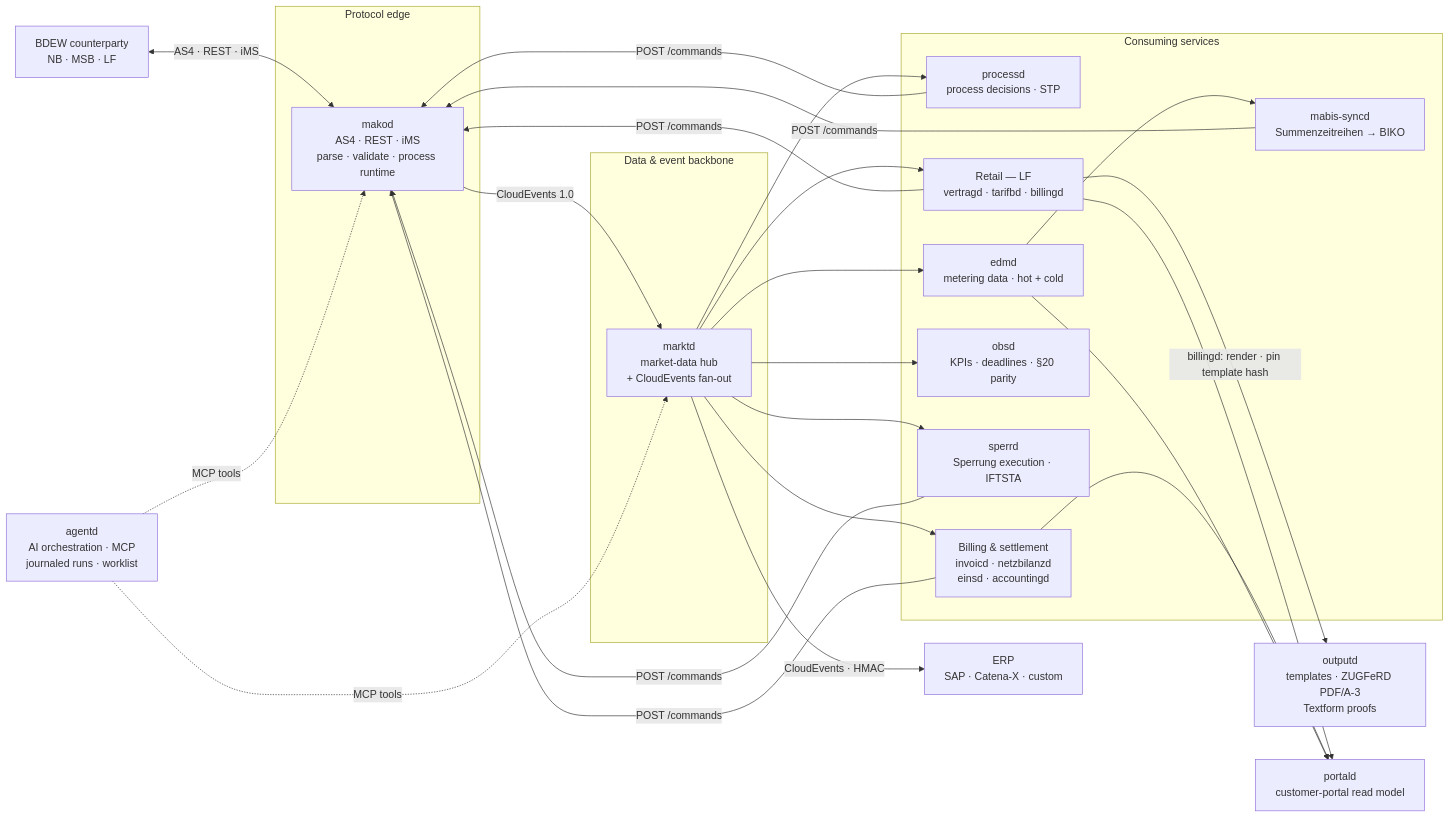
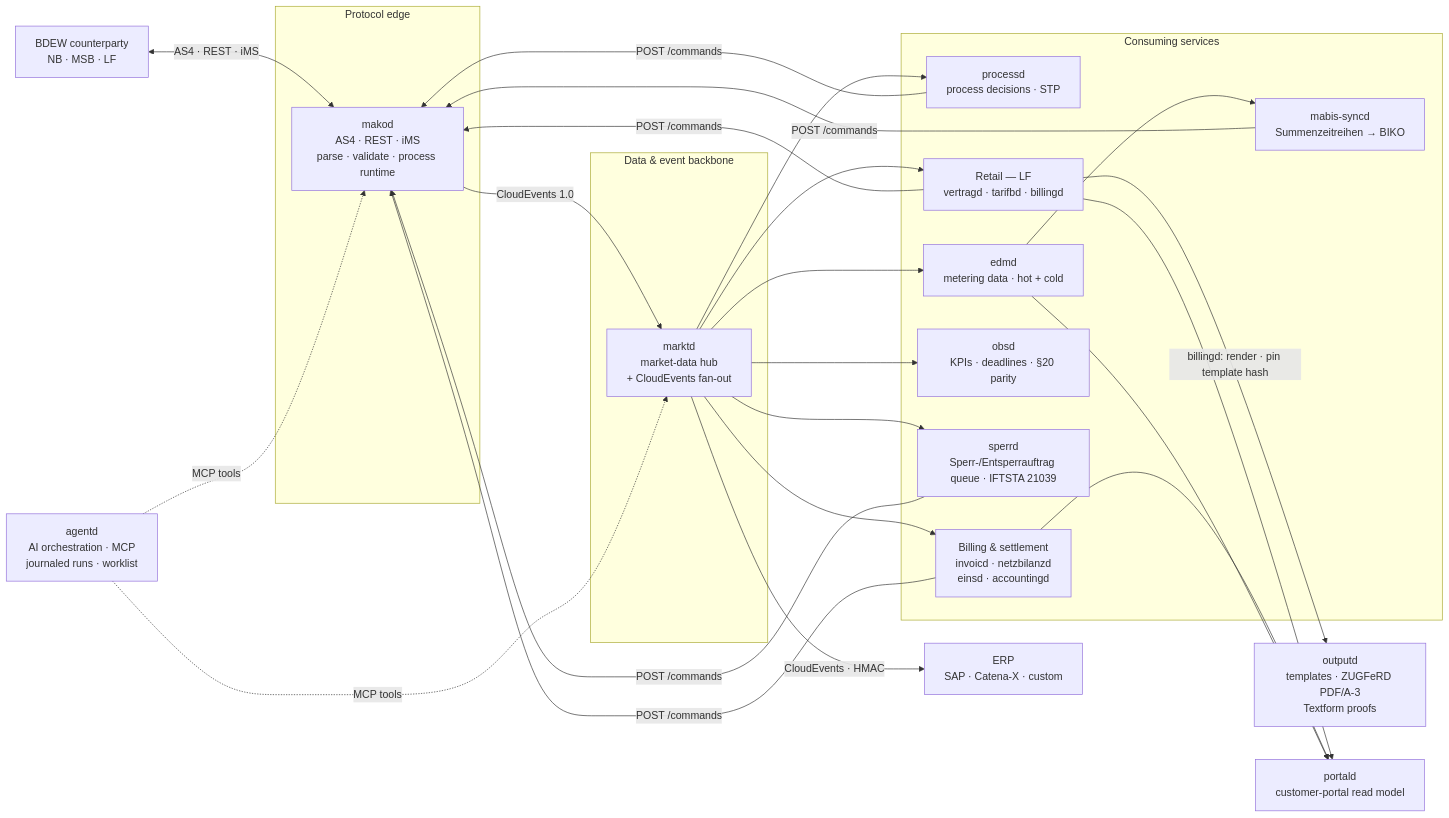
Before and after one commit to hupe1980/mako: the first of 5 diagrams in site/content/docs/architecture/_index.md, drawn with Mermaid. The commit also changed other lines of this file and 43 other files, not shown here.

````diff
--- a/site/content/docs/architecture/_index.md
+++ b/site/content/docs/architecture/_index.md
@@ -45,39 +45,39 @@
 ```mermaid
 graph LR
     EXT["BDEW counterparty<br/>NB · MSB · LF"]
     ERP["ERP<br/>SAP · Catena-X · custom"]
 
     subgraph edge ["Protocol edge"]
         MAKOD["makod<br/>AS4 · REST · iMS<br/>parse · validate · process runtime"]
     end
 
     subgraph backbone ["Data &amp; event backbone"]
         MARKTD["marktd<br/>market-data hub<br/>+ CloudEvents fan-out"]
     end
 
     subgraph consumers ["Consuming services"]
         PROC["processd<br/>process decisions · STP"]
         SETTLE["Billing &amp; settlement<br/>invoicd · netzbilanzd<br/>einsd · accountingd"]
         RETAIL["Retail — LF<br/>vertragd · tarifbd · billingd"]
         EDMD["edmd<br/>metering data · hot + cold"]
         OBSD["obsd<br/>KPIs · deadlines · §20 parity"]
-        SPERRD["sperrd<br/>Sperrung execution · IFTSTA"]
+        SPERRD["sperrd<br/>Sperr-/Entsperrauftrag queue · IFTSTA 21039"]
         MABIS["mabis-syncd<br/>Summenzeitreihen → BIKO"]
     end
 
     OUTPUTD["outputd<br/>templates · ZUGFeRD PDF/A-3<br/>Textform proofs"]
     PORTALD["portald<br/>customer-portal read model"]
     AGENTD["agentd<br/>AI orchestration · MCP<br/>journaled runs · worklist"]
 
     EXT <-->|"AS4 · REST · iMS"| MAKOD
     MAKOD -->|"CloudEvents 1.0"| MARKTD
     MARKTD --> PROC & SETTLE & EDMD & OBSD & RETAIL & SPERRD
     MARKTD -->|"CloudEvents · HMAC"| ERP
     EDMD --> MABIS
     MABIS -->|"POST /commands"| MAKOD
     PROC & SETTLE & RETAIL & SPERRD -->|"POST /commands"| MAKOD
     RETAIL -->|"billingd: render · pin template hash"| OUTPUTD
     RETAIL & SETTLE & EDMD --> PORTALD
     AGENTD -.->|"MCP tools"| MAKOD
     AGENTD -.->|"MCP tools"| MARKTD
 ```
````
